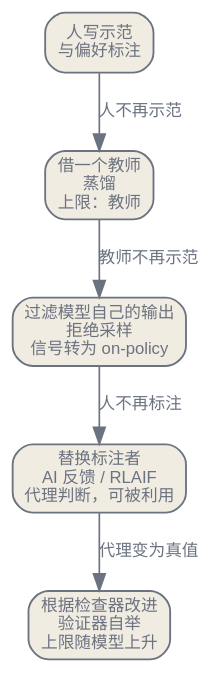
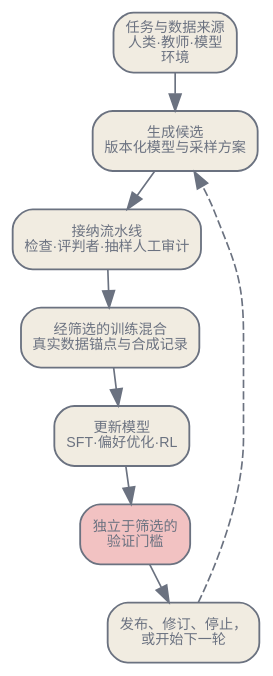
Before and after one commit to latere-ai/ai-as-an-infrastructure: the diagram in zh/adaptation/07-synthetic-data-self-improvement.qmd, drawn with Graphviz. The commit also changed other lines of this file and 2 other files, not shown here.

Commit message:
docs: rewrite Chinese synthetic data chapter

````diff
--- a/zh/adaptation/07-synthetic-data-self-improvement.qmd
+++ b/zh/adaptation/07-synthetic-data-self-improvement.qmd
@@ -85,22 +30,22 @@
 ```{dot}
-//| label: fig-synthetic-data-lineage
-//| fig-cap: "人工标注者逐步退出。每一步都用一个成本更低的判断来源替换某一角色上的人，下一轮数据的来源也随之移动。"
+//| label: fig-synthetic-data-loop
+//| fig-cap: "一条可审计的合成数据回路。独立于筛选的验证门槛只评估更新结果，不向生成与接纳阶段提供样本、奖励或阈值。"
 digraph {
   bgcolor="transparent";
   rankdir=TB;
-  nodesep=0.4; ranksep=0.5;
-  node [shape=box, style="rounded,filled", fontname="Helvetica", fontsize=10, color="#6b7280", fontcolor="#6b7280", fillcolor="#f1ece1", penwidth=1.1];
-  edge [fontsize=10, fontname="Helvetica", color="#6b7280", fontcolor="#6b7280"];
+  nodesep=0.22; ranksep=0.32;
+  node [shape=box, style="rounded,filled", fontname="Helvetica", fontsize=8.5, color="#6b7280", fontcolor="#6b7280", fillcolor="#f1ece1", penwidth=1.1];
+  edge [fontsize=8.5, fontname="Helvetica", color="#6b7280", fontcolor="#6b7280"];
 
-  H [label="人写示范\n与偏好标注"];
-  T [label="借一个教师\n蒸馏\n上限：教师"];
-  R [label="过滤模型自己的输出\n拒绝采样\n信号转为 on-policy"];
-  A [label="替换标注者\nAI 反馈 / RLAIF\n代理判断，可被利用"];
-  V [label="根据检查器改进\n验证器自举\n上限随模型上升"];
+  source [label="任务与数据来源\n人类·教师·模型\n环境"];
+  generate [label="生成候选\n版本化模型与采样方案"];
+  gate [label="接纳流水线\n检查·评判者·抽样人工审计"];
+  mix [label="经筛选的训练混合\n真实数据锚点与合成记录"];
+  update [label="更新模型\nSFT·偏好优化·RL"];
+  holdout [label="独立于筛选的\n验证门槛", fillcolor="#f2c2c2"];
+  decision [label="发布、修订、停止，\n或开始下一轮"];
 
-  H -> T [label="人不再示范"];
-  T -> R [label="教师不再示范"];
-  R -> A [label="人不再标注"];
-  A -> V [label="代理变为真值"];
+  source -> generate -> gate -> mix -> update -> holdout -> decision;
+  decision -> generate [style=dashed];
 }
 ```
````
